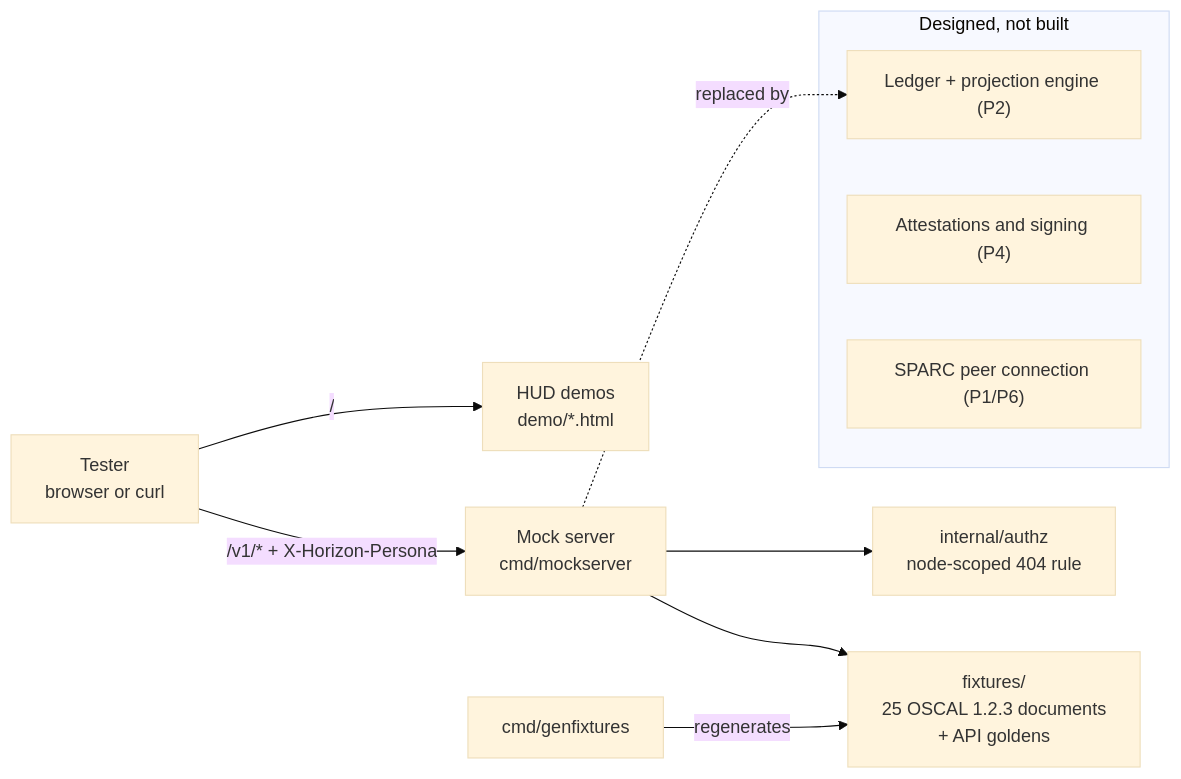
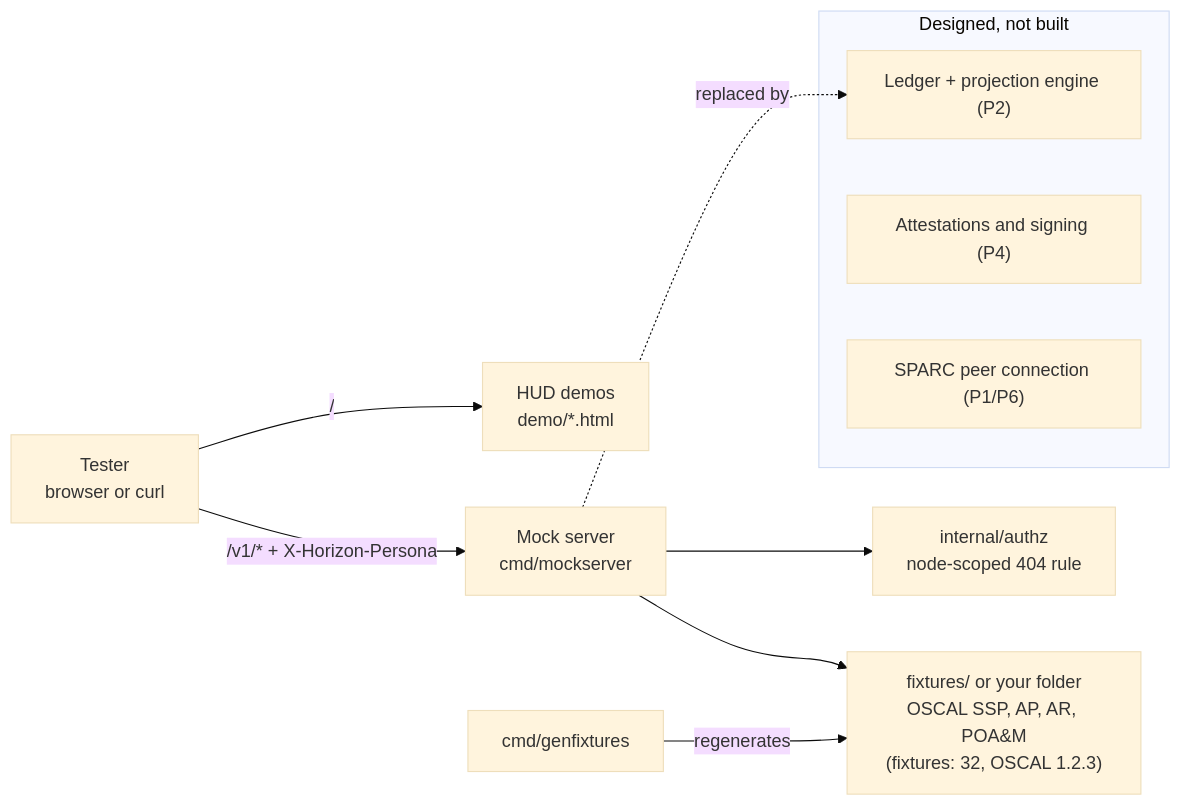
Before and after one commit to risk-sentinel/sparc-horizon: the diagram in README.md, drawn with Mermaid (base theme). The commit also changed other lines of this file and 55 other files, not shown here.

````diff
--- a/README.md
+++ b/README.md
@@ -14,14 +14,14 @@
 ```mermaid
 flowchart LR
   T["Tester<br/>browser or curl"] -->|"/"| D["HUD demos<br/>demo/*.html"]
   T -->|"/v1/* + X-Horizon-Persona"| M["Mock server<br/>cmd/mockserver"]
   M --> A["internal/authz<br/>node-scoped 404 rule"]
-  M --> F["fixtures/<br/>25 OSCAL 1.2.3 documents<br/>+ API goldens"]
+  M --> F["fixtures/ or your folder<br/>OSCAL SSP, AP, AR, POA&M<br/>(fixtures: 32, OSCAL 1.2.3)"]
   G["cmd/genfixtures"] -->|"regenerates"| F
   subgraph planned["Designed, not built"]
     L["Ledger + projection engine (P2)"]
     S["Attestations and signing (P4)"]
     P["SPARC peer connection (P1/P6)"]
   end
   M -. replaced by .-> L
 ```
````
